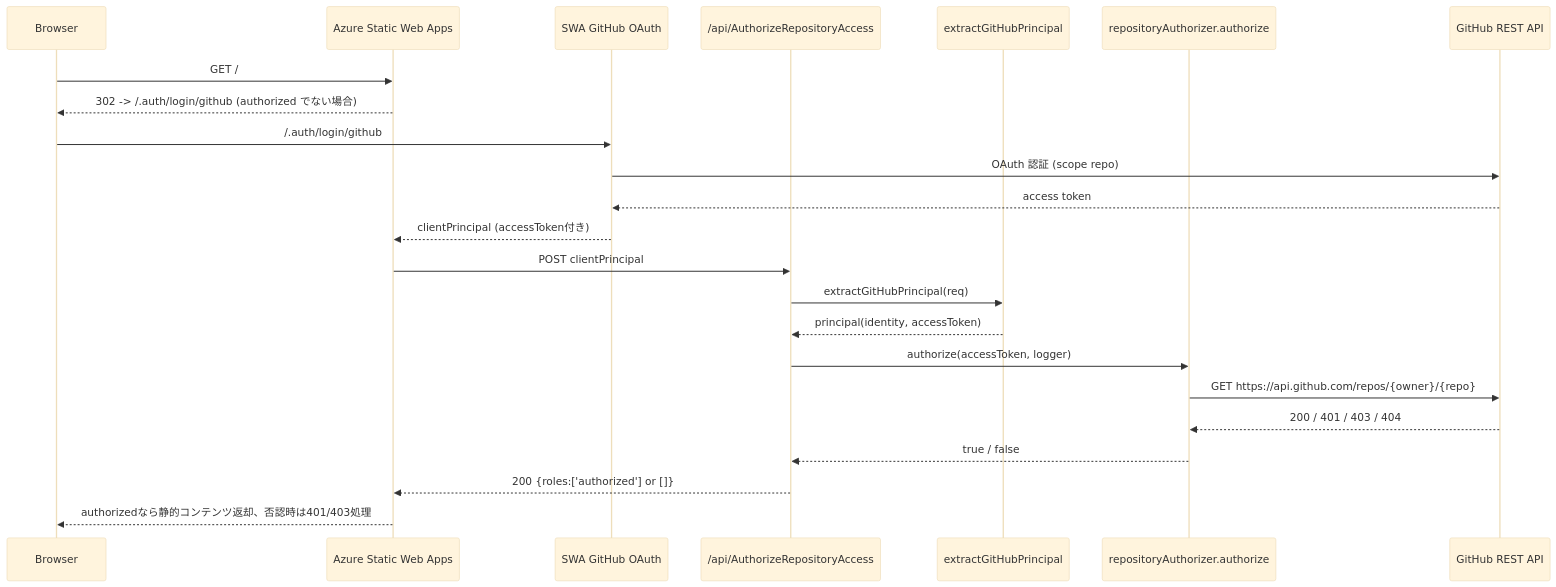
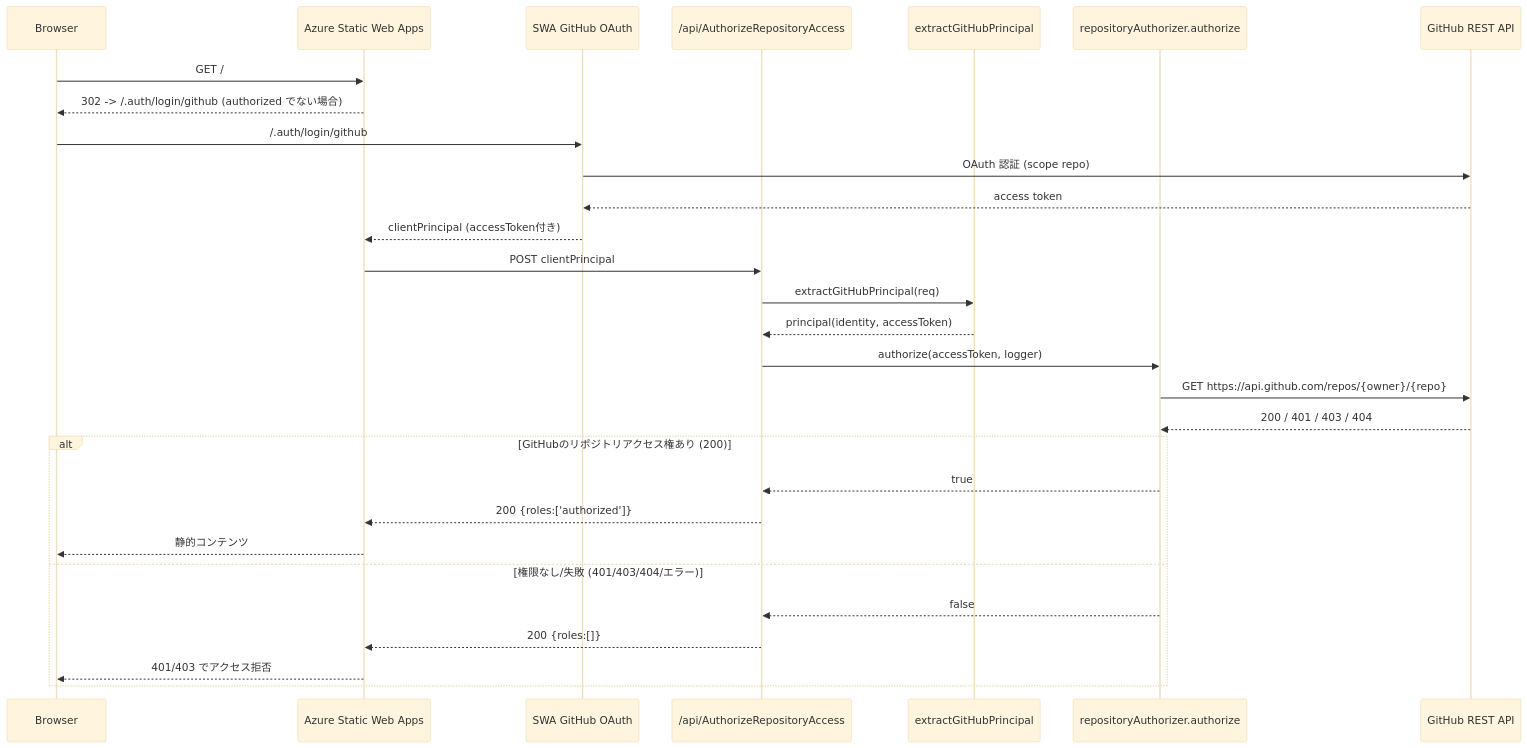
One commit to nuitsjp/swa-github-repo-auth changed the diagram in README.md. Above: the diagram before and after it, drawn with Mermaid (base theme). The commit also changed other lines of this file, not shown here.

Commit message:
feat: GitHubリポジトリアクセス権の判定ロジックをREADME.mdに追加し、成功時と失敗時の処理を明確化

````diff
--- a/README.md
+++ b/README.md
@@ -75,29 +75,34 @@
 ```mermaid
 sequenceDiagram
     participant Browser
     participant SWA as Azure Static Web Apps
     participant Login as SWA GitHub OAuth
     participant RoleSrc as /api/AuthorizeRepositoryAccess
     participant Principal as extractGitHubPrincipal
     participant Authorizer as repositoryAuthorizer.authorize
     participant GH as GitHub REST API
 
     Browser->>SWA: GET /
     SWA-->>Browser: 302 -> /.auth/login/github (authorized でない場合)
     Browser->>Login: /.auth/login/github
     Login->>GH: OAuth 認証 (scope repo)
     GH-->>Login: access token
     Login-->>SWA: clientPrincipal (accessToken付き)
 
     SWA->>RoleSrc: POST clientPrincipal
     RoleSrc->>Principal: extractGitHubPrincipal(req)
     Principal-->>RoleSrc: principal(identity, accessToken)
 
     RoleSrc->>Authorizer: authorize(accessToken, logger)
     Authorizer->>GH: GET https://api.github.com/repos/{owner}/{repo}
     GH-->>Authorizer: 200 / 401 / 403 / 404
-    Authorizer-->>RoleSrc: true / false
-
-    RoleSrc-->>SWA: 200 {roles:['authorized'] or []}
-    SWA-->>Browser: authorizedなら静的コンテンツ返却、否認時は401/403処理
+    alt GitHubのリポジトリアクセス権あり (200)
+        Authorizer-->>RoleSrc: true
+        RoleSrc-->>SWA: 200 {roles:['authorized']}
+        SWA-->>Browser: 静的コンテンツ
+    else 権限なし/失敗 (401/403/404/エラー)
+        Authorizer-->>RoleSrc: false
+        RoleSrc-->>SWA: 200 {roles:[]}
+        SWA-->>Browser: 401/403 でアクセス拒否
+    end
 ```
````
